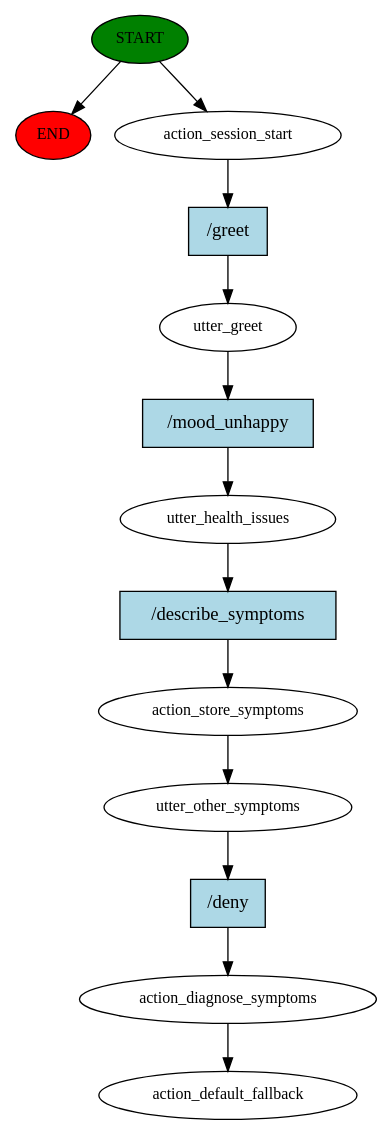
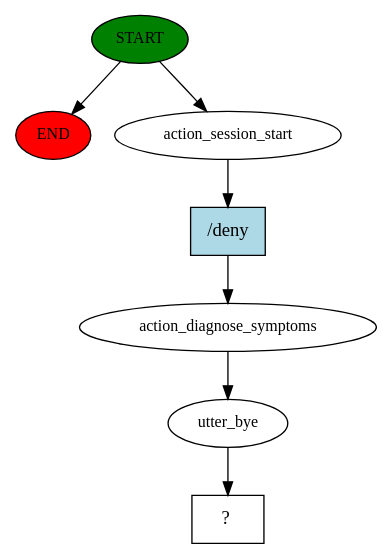
The diagram in story_graph.dot (raki8963/MedicalChatBot), drawn with Graphviz before and after one commit. The commit also changed 8 other files, not shown here.

```diff
--- a/story_graph.dot
+++ b/story_graph.dot
@@ -1,27 +1,15 @@
 digraph  {
 0 [class="start active", fillcolor=green, fontsize=12, label=START, style=filled];
 "-1" [class=end, fillcolor=red, fontsize=12, label=END, style=filled];
 1 [class=active, fontsize=12, label=action_session_start];
-2 [class=active, fontsize=12, label=utter_greet];
-3 [class=active, fontsize=12, label=utter_health_issues];
-4 [class=active, fontsize=12, label=action_store_symptoms];
-5 [class=active, fontsize=12, label=utter_other_symptoms];
-6 [class=active, fontsize=12, label=action_diagnose_symptoms];
-7 [class="dashed active", fontsize=12, label=action_default_fallback];
-8 [class="intent active", fillcolor=lightblue, label="/greet", shape=rect, style=filled];
-9 [class="intent active", fillcolor=lightblue, label="/mood_unhappy", shape=rect, style=filled];
-10 [class="intent active", fillcolor=lightblue, label="/describe_symptoms", shape=rect, style=filled];
-11 [class="intent active", fillcolor=lightblue, label="/deny", shape=rect, style=filled];
+2 [class=active, fontsize=12, label=action_diagnose_symptoms];
+3 [class=active, fontsize=12, label=utter_bye];
+4 [class="intent dashed active", label="  ?  ", shape=rect];
+5 [class="intent active", fillcolor=lightblue, label="/deny", shape=rect, style=filled];
 0 -> "-1"  [class="", key=NONE, label=""];
 0 -> 1  [class=active, key=NONE, label=""];
-1 -> 8  [class=active, key=0];
-2 -> 9  [class=active, key=0];
-3 -> 10  [class=active, key=0];
-4 -> 5  [class=active, key=NONE, label=""];
-5 -> 11  [class=active, key=0];
-6 -> 7  [class=active, key=NONE, label=""];
-8 -> 2  [class=active, key=0];
-9 -> 3  [class=active, key=0];
-10 -> 4  [class=active, key=0];
-11 -> 6  [class=active, key=0];
+1 -> 5  [class=active, key=0];
+2 -> 3  [class=active, key=NONE, label=""];
+3 -> 4  [class=active, key=NONE, label=""];
+5 -> 2  [class=active, key=0];
 }
```
